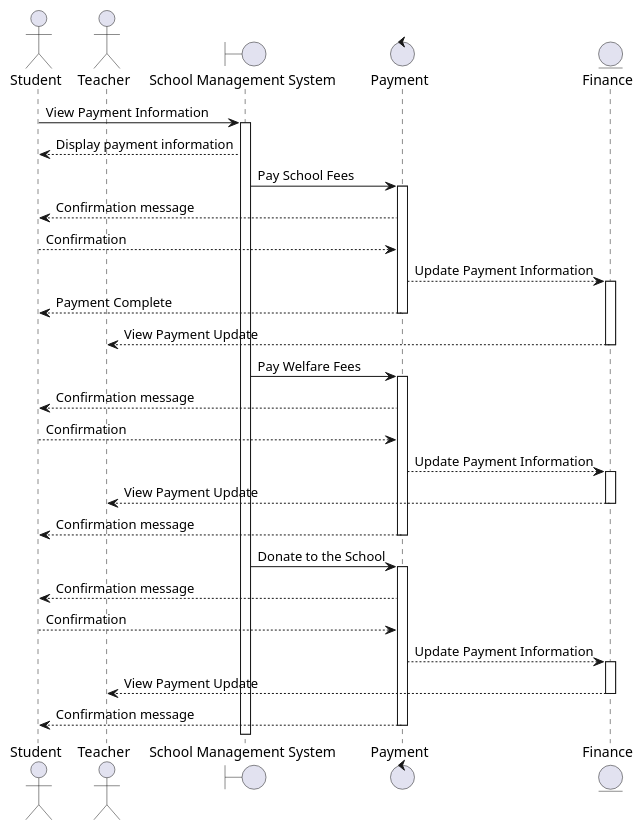
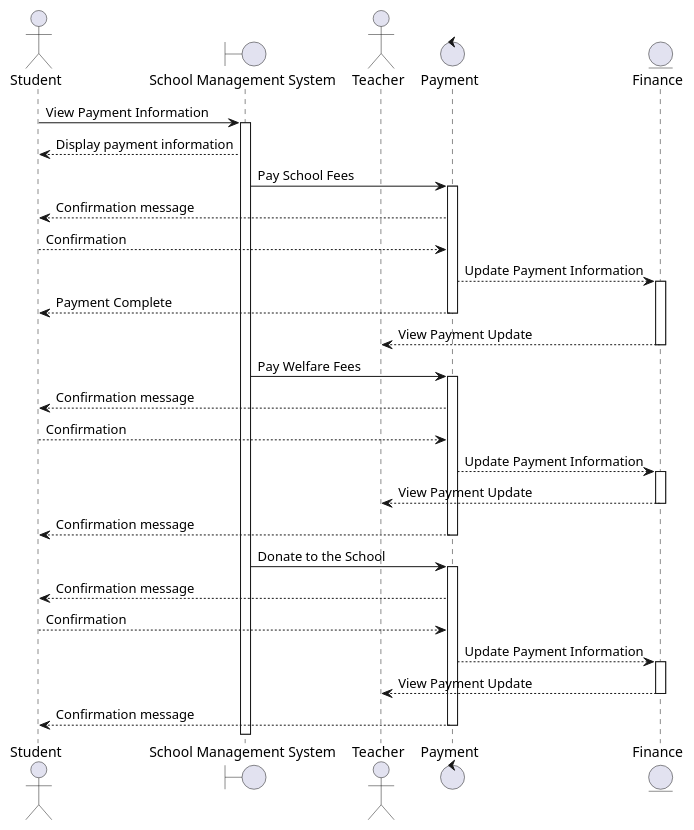
Before and after one commit to AdithyaSean/School-Management-System: the diagram in School Management System Sequence Diagram.puml, drawn with PlantUML. The commit also changed other lines of this file, not shown here.

```diff
--- a/School Management System Sequence Diagram.puml
+++ b/School Management System Sequence Diagram.puml
@@ -1,45 +1,45 @@
 @startuml School Management System
 
 actor Student
+boundary "School Management System" as SchoolManagementSystem
 actor Teacher
-boundary "School Management System" as SchoolManagementSystem
 control Payment
 entity Finance
 
 Student -> SchoolManagementSystem: View Payment Information
 activate SchoolManagementSystem
 SchoolManagementSystem --> Student: Display payment information
 SchoolManagementSystem -> Payment: Pay School Fees
 activate Payment
 Payment --> Student: Confirmation message
 Student --> Payment: Confirmation
 Payment --> Finance: Update Payment Information
 activate Finance
 Payment --> Student: Payment Complete
 deactivate Payment
 Finance --> Teacher: View Payment Update
 deactivate Finance
 
 SchoolManagementSystem -> Payment: Pay Welfare Fees
 activate Payment
 Payment --> Student: Confirmation message
 Student --> Payment: Confirmation
 Payment --> Finance: Update Payment Information
 activate Finance
 Finance --> Teacher: View Payment Update
 deactivate Finance
 Payment --> Student: Confirmation message
 deactivate Payment
 
 SchoolManagementSystem -> Payment: Donate to the School
 activate Payment
 Payment --> Student: Confirmation message
 Student --> Payment: Confirmation
 Payment --> Finance: Update Payment Information
 activate Finance
 Finance --> Teacher: View Payment Update
 deactivate Finance
 Payment --> Student: Confirmation message
 deactivate Payment
 
 @enduml
```
